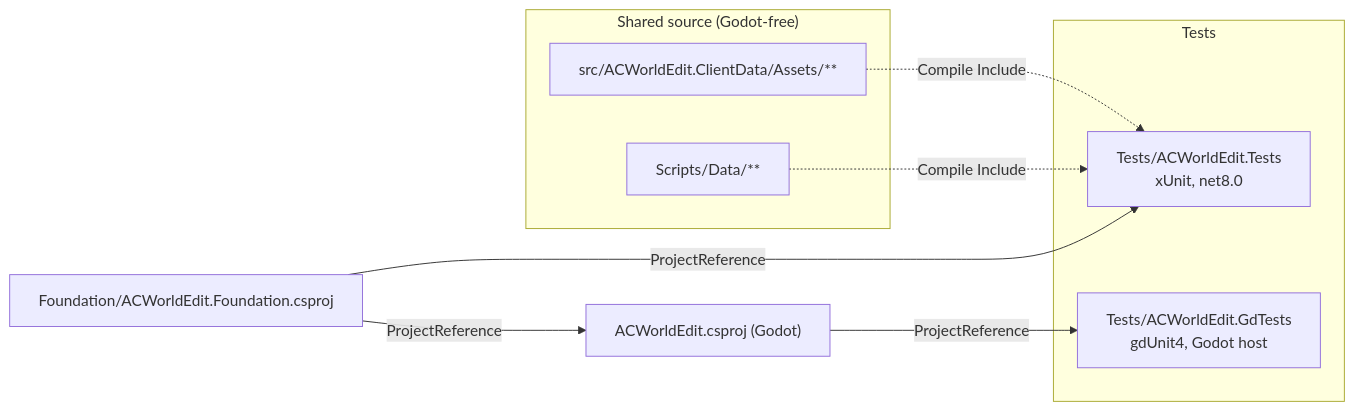
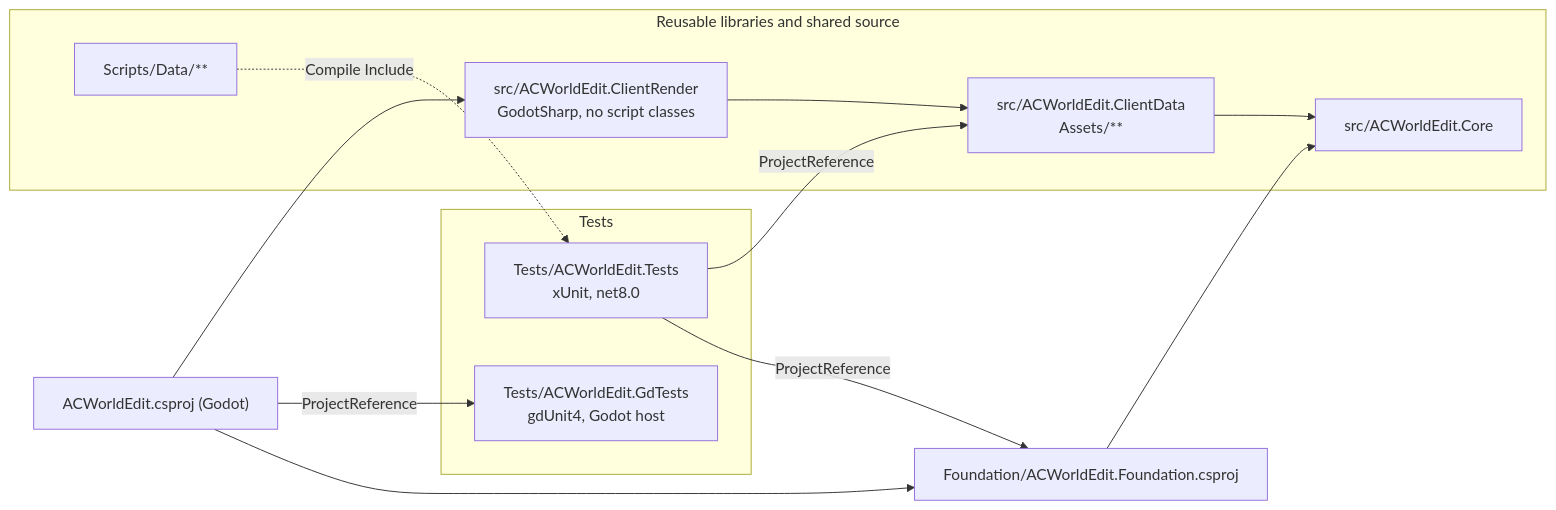
Before and after one commit to glitterfartz/ac-world-edit: the diagram in docs/architecture/testing-and-tooling.md, drawn with Mermaid. The commit also changed other lines of this file and 7 other files, not shown here.

````diff
--- a/docs/architecture/testing-and-tooling.md
+++ b/docs/architecture/testing-and-tooling.md
@@ -5,20 +5,26 @@
 ```mermaid
 flowchart LR
-    subgraph Sources["Shared source (Godot-free)"]
-        assets["src/ACWorldEdit.ClientData/Assets/**"]
+    subgraph Sources["Reusable libraries and shared source"]
+        core["src/ACWorldEdit.Core"]
+        cdata["src/ACWorldEdit.ClientData<br/>Assets/**"]
+        crender["src/ACWorldEdit.ClientRender<br/>GodotSharp, no script classes"]
         data["Scripts/Data/**"]
     end
     fdn["Foundation/ACWorldEdit.Foundation.csproj"]
     app["ACWorldEdit.csproj (Godot)"]
 
     subgraph Tests
         xunit["Tests/ACWorldEdit.Tests<br/>xUnit, net8.0"]
         gd["Tests/ACWorldEdit.GdTests<br/>gdUnit4, Godot host"]
     end
 
-    assets -. Compile Include .-> xunit
+    fdn --> core
+    cdata --> core
+    crender --> cdata
+    app --> fdn
+    app --> crender
+    xunit -->|ProjectReference| fdn
+    xunit -->|ProjectReference| cdata
     data -. Compile Include .-> xunit
-    fdn -->|ProjectReference| xunit
-    fdn -->|ProjectReference| app
     app -->|ProjectReference| gd
 ```
````
